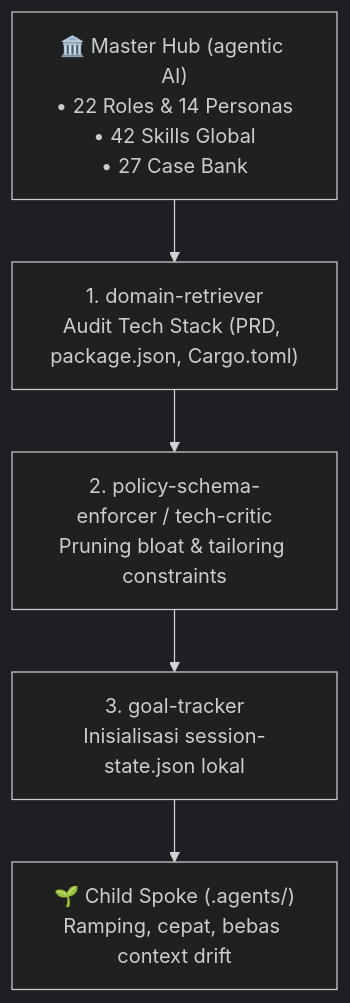
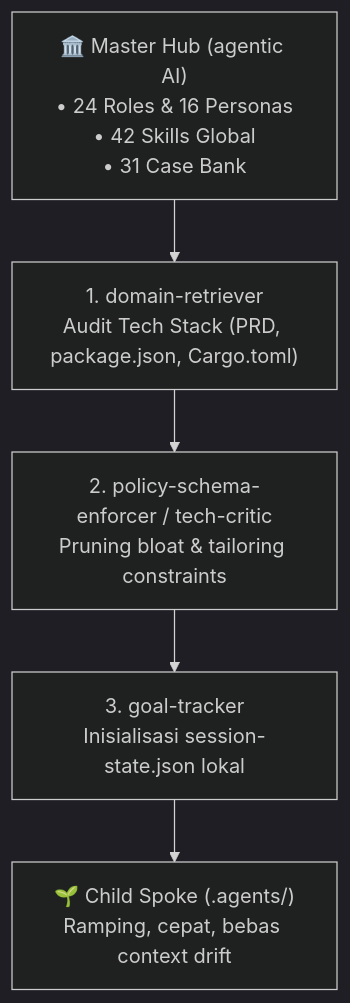
One commit to AhmadArifff/agentic-ai-skill changed the diagram in knowledge/spoke-adoption-guide.md. Above: the diagram before and after it, drawn with Mermaid (dark theme). The commit also changed other lines of this file and 8 other files, not shown here.

````diff
--- a/knowledge/spoke-adoption-guide.md
+++ b/knowledge/spoke-adoption-guide.md
@@ -11,9 +11,9 @@
 ```mermaid
 flowchart TD
-    MASTER["🏛️ Master Hub (agentic AI)<br/>• 22 Roles & 14 Personas<br/>• 42 Skills Global<br/>• 27 Case Bank"]
+    MASTER["🏛️ Master Hub (agentic AI)<br/>• 24 Roles & 16 Personas<br/>• 42 Skills Global<br/>• 31 Case Bank"]
     
     MASTER --> AUDIT["1. domain-retriever<br/>Audit Tech Stack (PRD, package.json, Cargo.toml)"]
     AUDIT --> PRUNE["2. policy-schema-enforcer / tech-critic<br/>Pruning bloat & tailoring constraints"]
     PRUNE --> INIT["3. goal-tracker<br/>Inisialisasi session-state.json lokal"]
     INIT --> SPOKE["🌱 Child Spoke (.agents/)<br/>Ramping, cepat, bebas context drift"]
 ```
````
